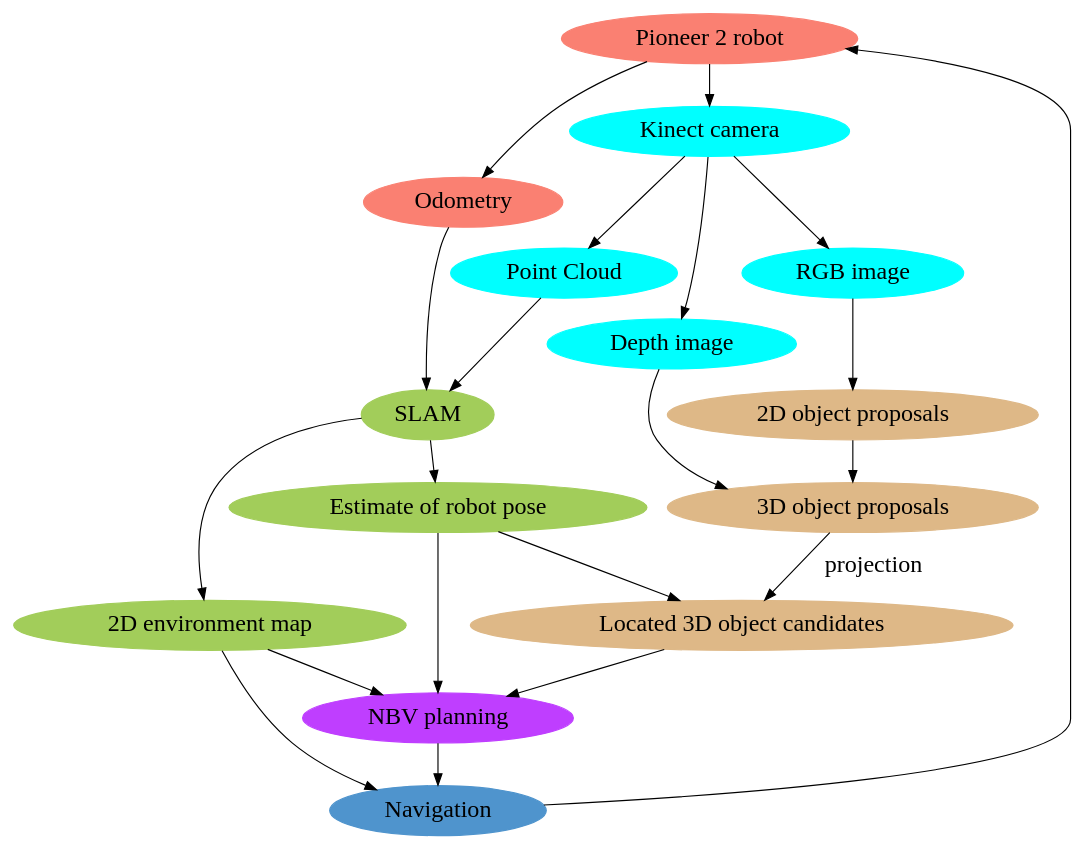
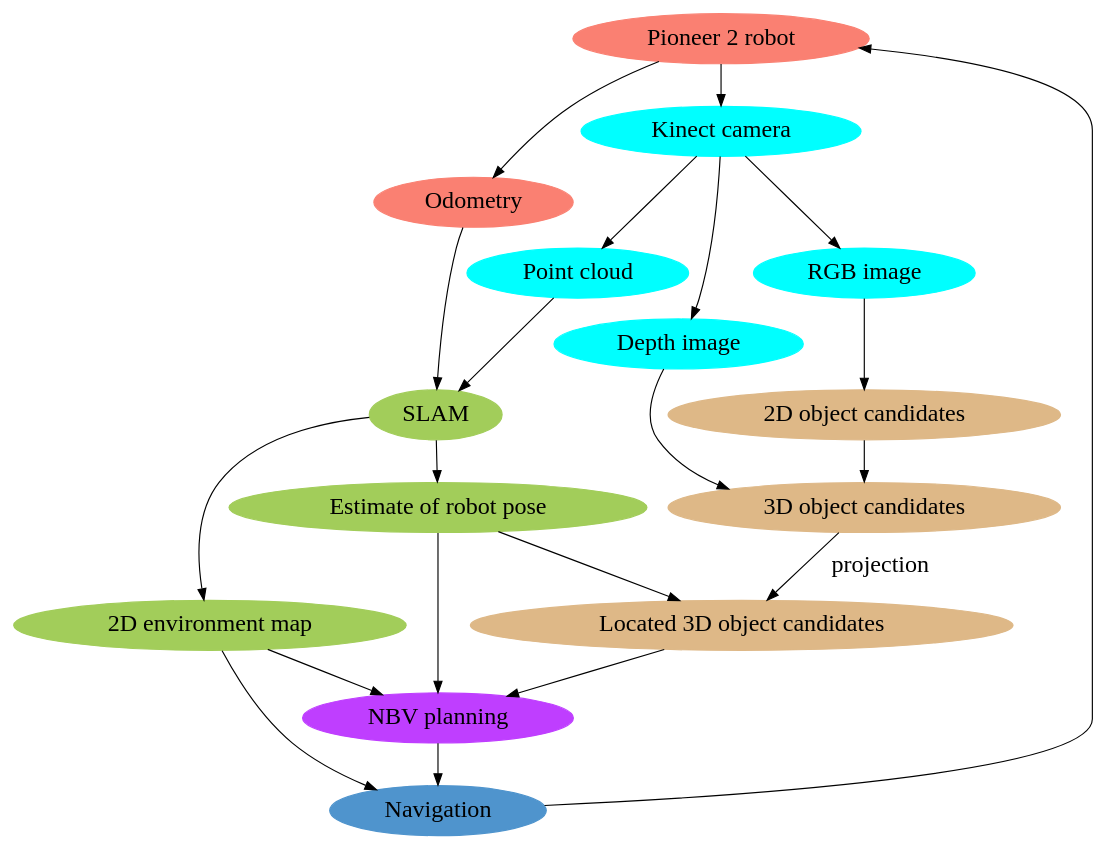
One commit to Fabse92/cv_project changed the diagram in EXPO/poster/dot/overview.dot. Above: the diagram before and after it, drawn with Graphviz. The commit also changed 1 other file, not shown here.

```diff
--- a/EXPO/poster/dot/overview.dot
+++ b/EXPO/poster/dot/overview.dot
@@ -1,40 +1,40 @@
 digraph G {
   graph [fontname = "Helvetica-Oblique", rankdir=UD];
   node [color = white, fontsize = 21, style = filled];
   edge [fontsize = 21]
   "Pioneer 2 robot" [color = salmon];
   "Kinect camera" [color = cyan];
 	"Pioneer 2 robot" -> "Kinect camera";
 	"Pioneer 2 robot" -> "Odometry";
 	"Kinect camera" -> "RGB image";
 	"RGB image" [color = cyan];
 	"Kinect camera" [color = cyan];
 	"Depth image" [color = cyan];
 	"Kinect camera" -> "Depth image";
   "Odometry" [color = salmon];
 	"Odometry" -> "SLAM";
-	"Point Cloud" [color = cyan];
-	"Kinect camera" -> "Point Cloud";
-	"Point Cloud" -> "SLAM"
-	"3D object proposals" [color = burlywood];
-	"Depth image" -> "3D object proposals";
-	"2D object proposals" [color = burlywood];
-	"RGB image" -> "2D object proposals";
+	"Point cloud" [color = cyan];
+	"Kinect camera" -> "Point cloud";
+	"Point cloud" -> "SLAM"
+	"3D object candidates" [color = burlywood];
+	"Depth image" -> "3D object candidates";
+	"2D object candidates" [color = burlywood];
+	"RGB image" -> "2D object candidates";
 	"SLAM" [color = darkolivegreen3];
 	"2D environment map" [color = darkolivegreen3];
 	"SLAM" -> "2D environment map";
 	"Estimate of robot pose" [color = darkolivegreen3];
 	"SLAM" -> "Estimate of robot pose";
-	"2D object proposals" -> "3D object proposals";
+	"2D object candidates" -> "3D object candidates";
 	"Located 3D object candidates" [color = burlywood];
-	"3D object proposals" -> "Located 3D object candidates" [label = " projection"];
+	"3D object candidates" -> "Located 3D object candidates" [label = " projection"];
 	"Estimate of robot pose" -> "Located 3D object candidates";
 	"NBV planning" [color = darkorchid1];
 	"Located 3D object candidates" -> "NBV planning";
 	"2D environment map" -> "NBV planning";
   "Navigation" [color = steelblue3];
 	"NBV planning" -> "Navigation";
 	"2D environment map" -> "Navigation";
 	"Estimate of robot pose" -> "NBV planning";
 	"Navigation" -> "Pioneer 2 robot";
 }
```
